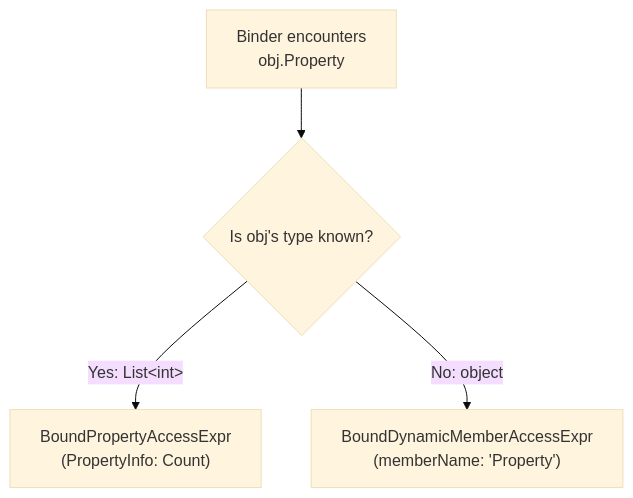
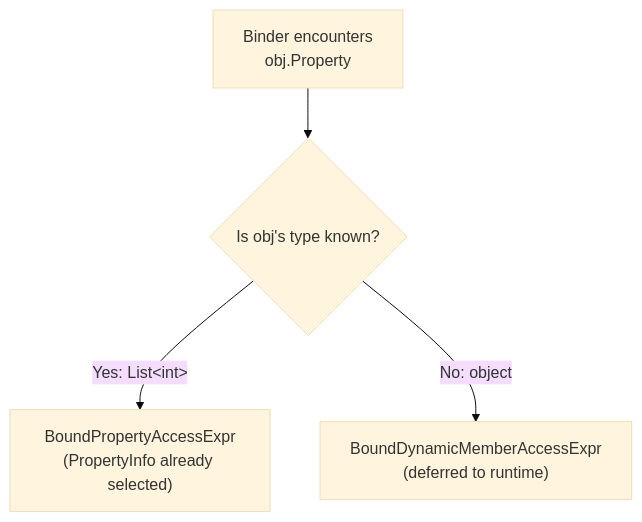
The diagram in docs/architecture/binder.md (MartiSilvio/Alder), drawn with Mermaid (base theme) before and after one commit. The commit also changed other lines of this file and 117 other files, not shown here.

````diff
--- a/docs/architecture/binder.md
+++ b/docs/architecture/binder.md
@@ -18,6 +18,6 @@
 ```mermaid
 graph TD
     A["Binder encounters<br/>obj.Property"] --> B{"Is obj's type known?"}
-    B -->|"Yes: List&lt;int>"| C["BoundPropertyAccessExpr<br/>(PropertyInfo: Count)"]
-    B -->|"No: object"| D["BoundDynamicMemberAccessExpr<br/>(memberName: 'Property')"]
+    B -->|"Yes: List&lt;int>"| C["BoundPropertyAccessExpr<br/>(PropertyInfo already selected)"]
+    B -->|"No: object"| D["BoundDynamicMemberAccessExpr<br/>(deferred to runtime)"]
 ```
````
